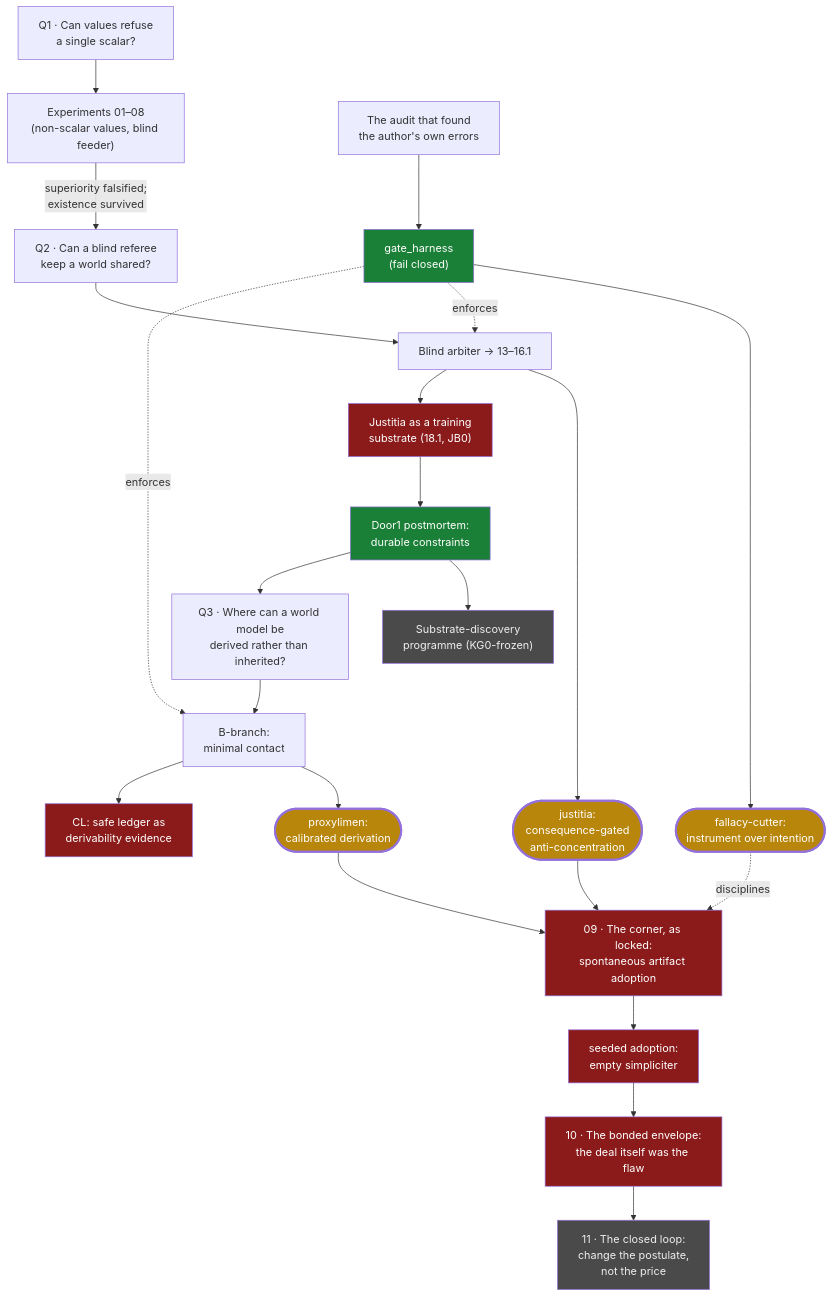
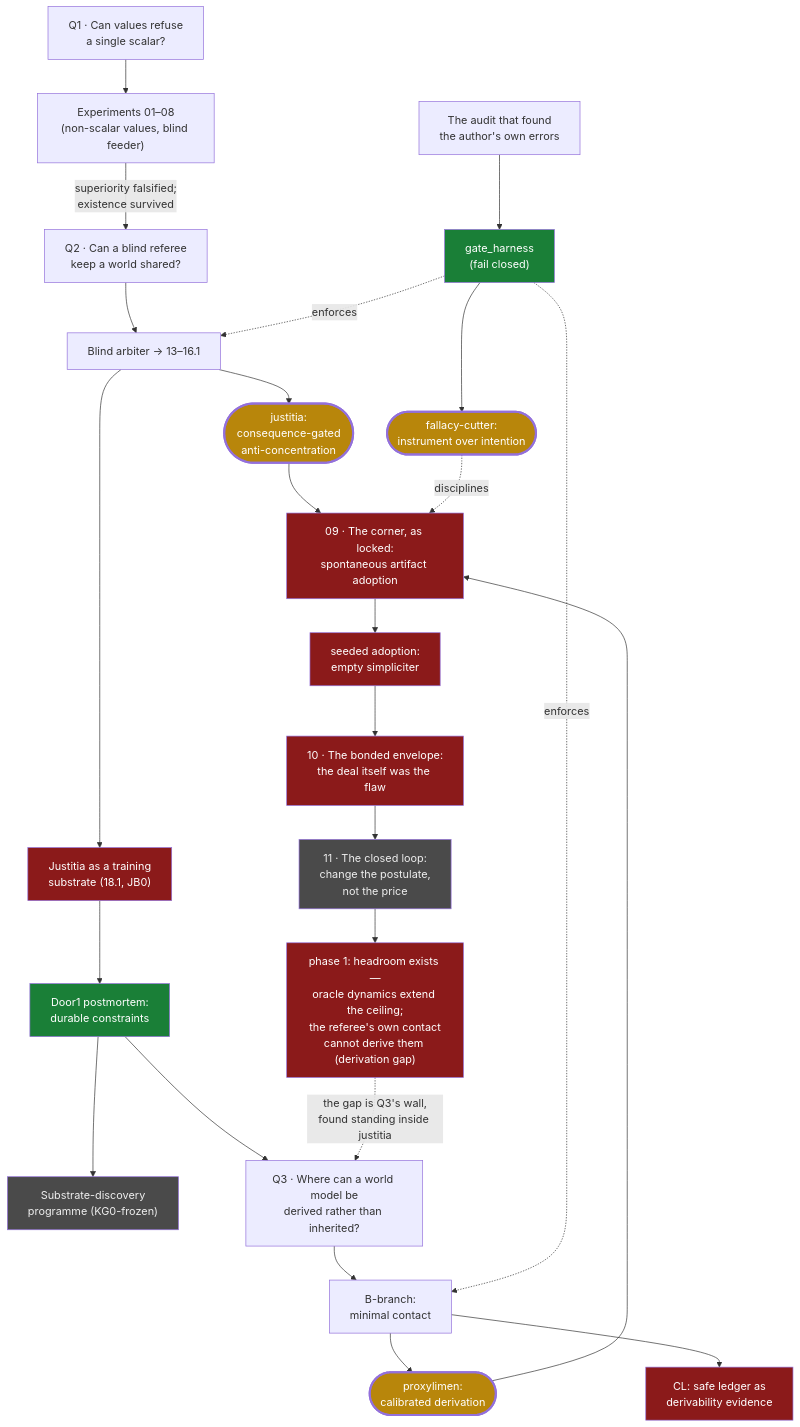
One commit to Kirill-Kruglov/ascesis changed the diagram in README.md. Above: the diagram before and after it, drawn with Mermaid. The commit also changed other lines of this file and 1 other file, not shown here.

Commit message:
Line 11 phase 1: the derivation gap — headroom exists, contact cannot derive it
J-N8/J-N8b ran (both VALID, both FAIL). The middle kill branch fired:
oracle dynamics extend the W6 ceiling 1.2 -> 1.6 (first mechanism of the
saga to move it); the model derived from the referee's own intervention
history never earns authority (calibration 0.52 vs the 0.60 bar, below
the random null 0.54). Safety held: the null tied baseline, the
self-gate strangled the confidently-wrong model. Line stays open;
phase 2 (active probing) is now the question the gap itself asks.

````diff
--- a/README.md
+++ b/README.md
@@ -22,29 +22,31 @@
 ```mermaid
 flowchart TD
     classDef verified fill:#1a7f37,color:#fff
     classDef falsified fill:#8b1a1a,color:#fff
     classDef open fill:#4a4a4a,color:#eee
     classDef concl fill:#b8860b,color:#fff,stroke-width:3px
 
     Q1["Q1 · Can values refuse<br/>a single scalar?"] --> E["Experiments 01–08<br/>(non-scalar values, blind feeder)"]
     E -->|"superiority falsified;<br/>existence survived"| Q2["Q2 · Can a blind referee<br/>keep a world shared?"]
     Q2 --> J["Blind arbiter → 13–16.1"]
     J --> JC(["justitia:<br/>consequence-gated<br/>anti-concentration"]):::concl
     J --> S["Justitia as a training<br/>substrate (18.1, JB0)"]:::falsified
     S --> D1["Door1 postmortem:<br/>durable constraints"]:::verified
     D1 --> SD["Substrate-discovery<br/>programme (KG0-frozen)"]:::open
     D1 --> Q3["Q3 · Where can a world model be<br/>derived rather than inherited?"]
     Q3 --> B["B-branch:<br/>minimal contact"]
     B --> PC(["proxylimen:<br/>calibrated derivation"]):::concl
     B --> CL["CL: safe ledger as<br/>derivability evidence"]:::falsified
     A["The audit that found<br/>the author's own errors"] --> G["gate_harness<br/>(fail closed)"]:::verified
     G --> FC(["fallacy-cutter:<br/>instrument over intention"]):::concl
     G -. enforces .-> J
     G -. enforces .-> B
     PC --> X["09 · The corner, as locked:<br/>spontaneous artifact adoption"]:::falsified
     JC --> X
     FC -. disciplines .-> X
     X --> X2["seeded adoption:<br/>empty simpliciter"]:::falsified
     X2 --> Y["10 · The bonded envelope:<br/>the deal itself was the flaw"]:::falsified
     Y --> Z["11 · The closed loop:<br/>change the postulate,<br/>not the price"]:::open
+    Z --> Z1["phase 1: headroom exists —<br/>oracle dynamics extend the ceiling;<br/>the referee's own contact<br/>cannot derive them (derivation gap)"]:::falsified
+    Z1 -. "the gap is Q3's wall,<br/>found standing inside justitia" .-> Q3
 ```
````
